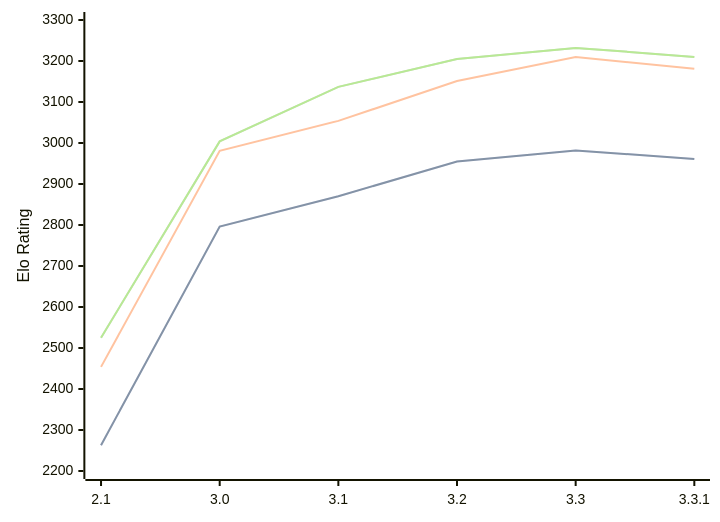
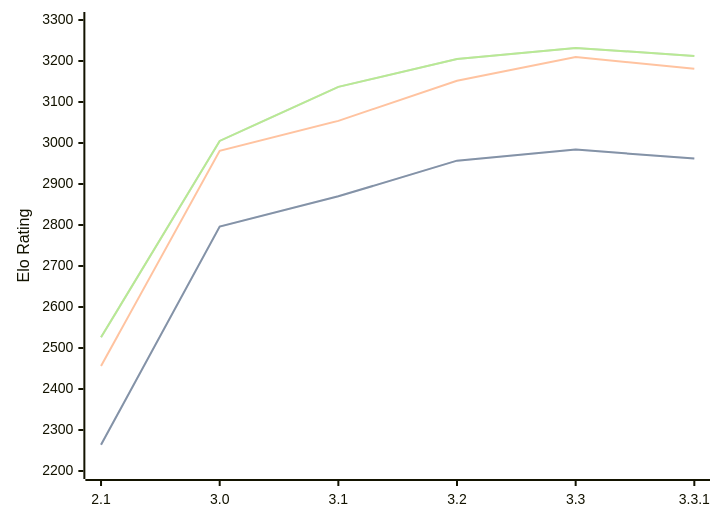
The diagram in engines/Petrel.md (computer-chess-index/cci), drawn with Mermaid before and after one commit. The commit also changed other lines of this file, not shown here.

Commit message:
Update CCI Ratings (ELO VLTC) - 2026-03-14

````diff
--- a/engines/Petrel.md
+++ b/engines/Petrel.md
@@ -41,11 +41,11 @@
 ```mermaid
 %%{init: {"theme":"base","themeVariables":{"seriesColors:['#a3a3a3','#222221','#faa371']}}}%%
 xychart-beta
   x-axis ["2.1", "3.0", "3.1", "3.2", "3.3", "3.3.1"]
   y-axis "Elo Rating" 2200 --> 3300
-  line "STC (8.0+0.08s)" [2263, 2796, 2870, 2955, 2982, 2961]
-  line "STC (8.0+0.08s)" [2263, 2796, 2870, 2955, 2982, 2961]
-  line "LTC (60.0+0.60s)" [2454, 2981, 3054, 3151, 3210, 3181]
-  line "VLTC (2m24s+1.12s)" [2525, 3004, 3137, 3205, 3232, 3210]
-  line "VLTC (2m24s+1.12s)" [2525, 3004, 3137, 3205, 3232, 3210]
+  line "STC (8.0+0.08s)" [2264, 2796, 2870, 2957, 2984, 2962]
+  line "STC (8.0+0.08s)" [2264, 2796, 2870, 2957, 2984, 2962]
+  line "LTC (60.0+0.60s)" [2456, 2981, 3054, 3152, 3210, 3181]
+  line "VLTC (2m24s+1.12s)" [2526, 3005, 3137, 3205, 3232, 3212]
+  line "VLTC (2m24s+1.12s)" [2526, 3005, 3137, 3205, 3232, 3212]
 ```
````
